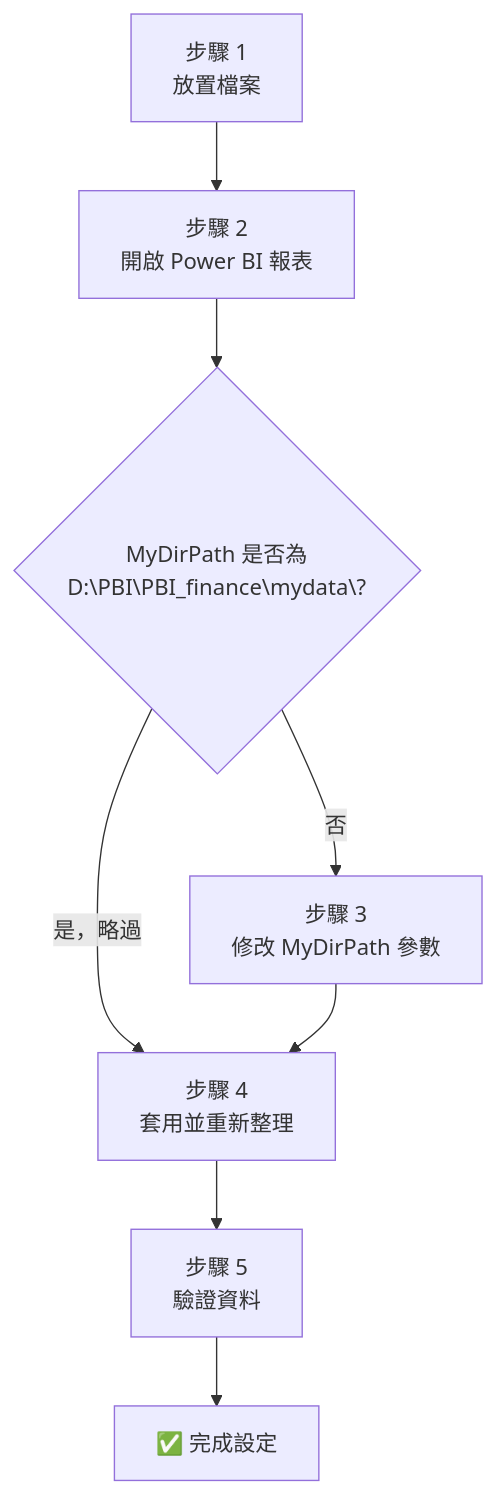
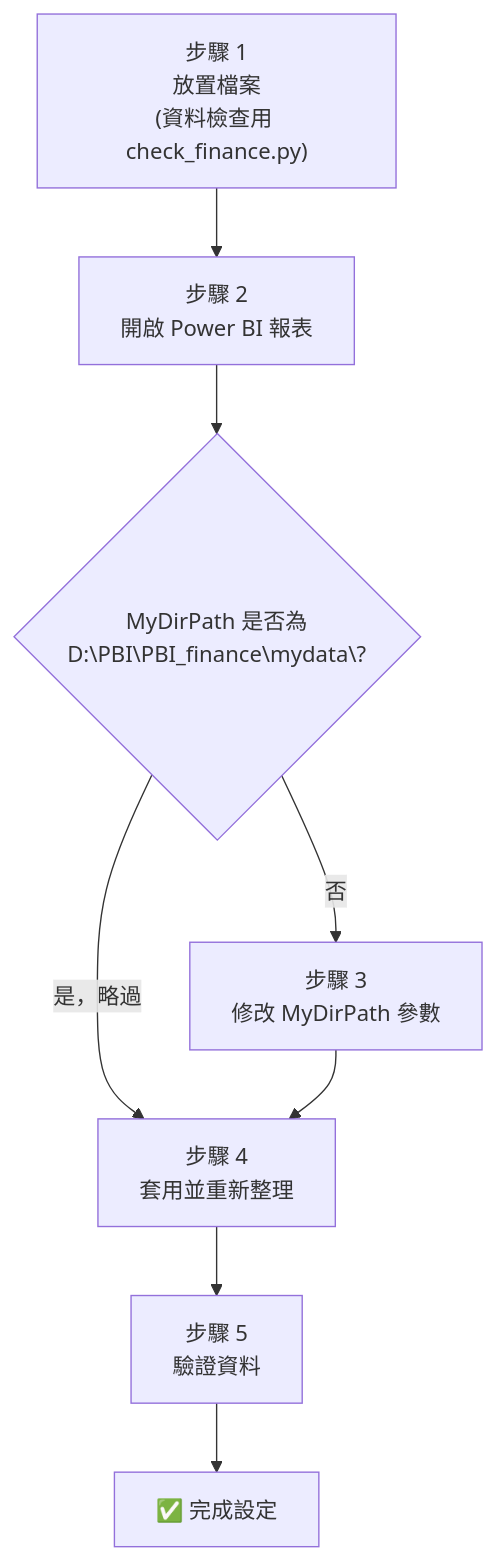
Before and after one commit to RogerRJSiao/BI: the second of 2 diagrams in BI_design/README_finance.md, drawn with Mermaid. The commit also changed other lines of this file and 2 other files, not shown here.

Commit message:
docs(BI-finance): add check_finance.py checklist and screenshots to finance README

````diff
--- a/BI_design/README_finance.md
+++ b/BI_design/README_finance.md
@@ -128,10 +198,10 @@
 ```mermaid
 flowchart TD
-    S1["步驟 1\n放置檔案"] --> S2["步驟 2\n開啟 Power BI 報表"]
+    S1["步驟 1\n放置檔案\n(資料檢查用 check_finance.py)"] --> S2["步驟 2\n開啟 Power BI 報表"]
     S2 --> S3{"MyDirPath 是否為\nD:\PBI\PBI_finance\mydata\?"}
     S3 -- 是，略過 --> S4["步驟 4\n套用並重新整理"]
     S3 -- 否 --> S3b["步驟 3\n修改 MyDirPath 參數"]
     S3b --> S4
     S4 --> S5["步驟 5\n驗證資料"]
     S5 --> END["✅ 完成設定"]
 ```
````
